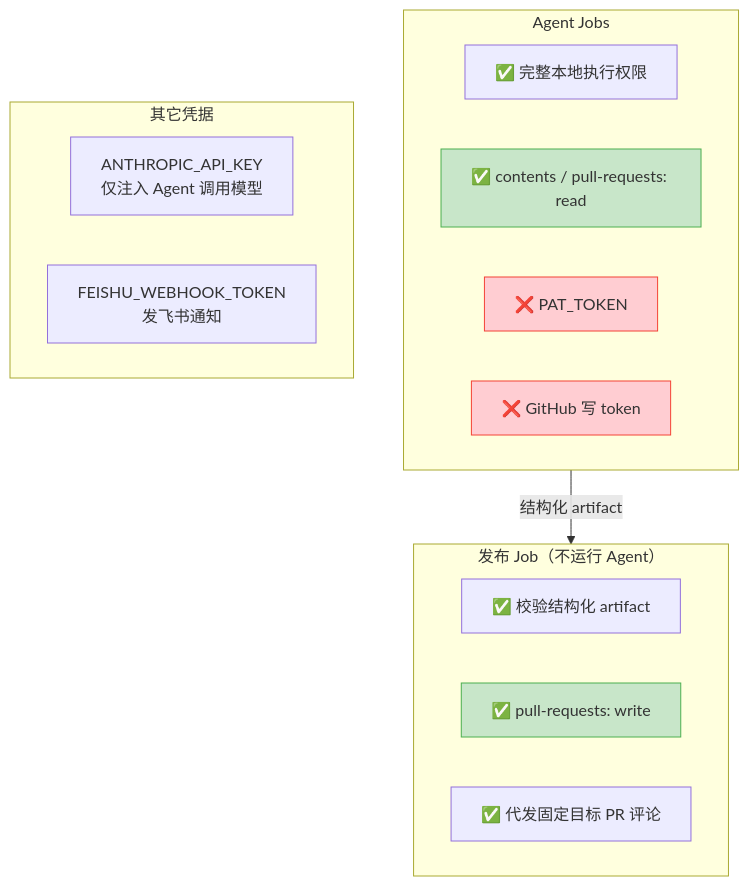
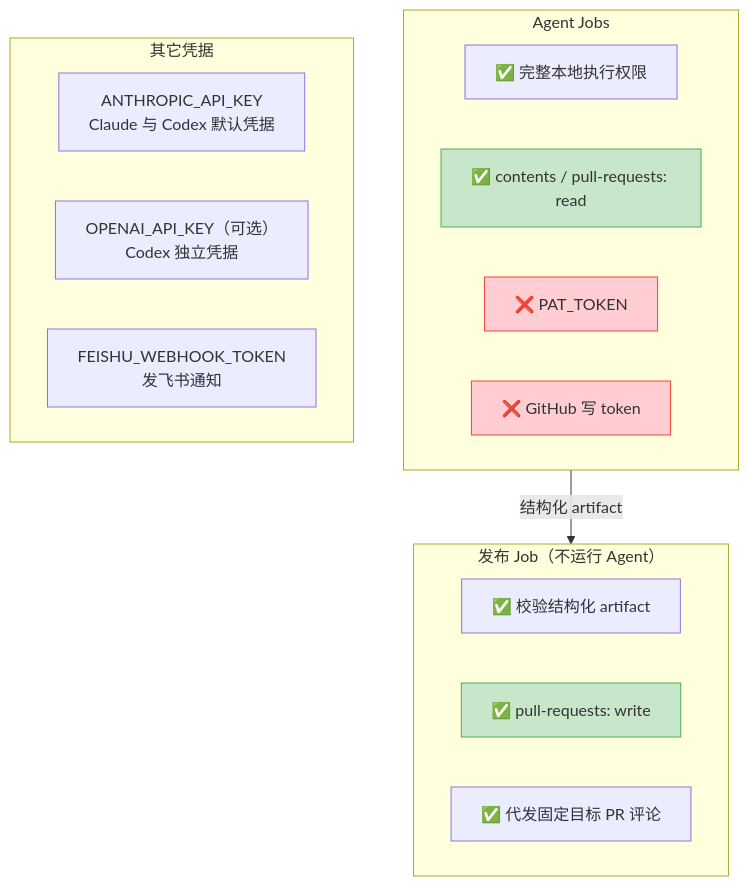
One commit to Lightspeed-Intelligence/agentic-workflow-template changed diagram 11 of 13 in docs/code-review-design.md. Above: the diagram before and after it, drawn with Mermaid. The commit also changed other lines of this file and 7 other files, not shown here.

````diff
--- a/docs/code-review-design.md
+++ b/docs/code-review-design.md
@@ -355,27 +355,28 @@
 ```mermaid
 graph TD
     subgraph review_jobs["Agent Jobs"]
         local["✅ 完整本地执行权限"]
         read["✅ contents / pull-requests: read"]
         no_pat["❌ PAT_TOKEN"]
         no_write["❌ GitHub 写 token"]
     end
 
     subgraph publish_job["发布 Job（不运行 Agent）"]
         validate["✅ 校验结构化 artifact"]
         pr_write["✅ pull-requests: write"]
         comment["✅ 代发固定目标 PR 评论"]
     end
 
     subgraph tokens["其它凭据"]
-        ak["ANTHROPIC_API_KEY<br/>仅注入 Agent 调用模型"]
+        ak["ANTHROPIC_API_KEY<br/>Claude 与 Codex 默认凭据"]
+        oak["OPENAI_API_KEY（可选）<br/>Codex 独立凭据"]
         fw["FEISHU_WEBHOOK_TOKEN<br/>发飞书通知"]
     end
 
     review_jobs -->|结构化 artifact| publish_job
 
     style no_pat fill:#ffcdd2,stroke:#f44336
     style no_write fill:#ffcdd2,stroke:#f44336
     style read fill:#c8e6c9,stroke:#4CAF50
     style pr_write fill:#c8e6c9,stroke:#4CAF50
 ```
````
